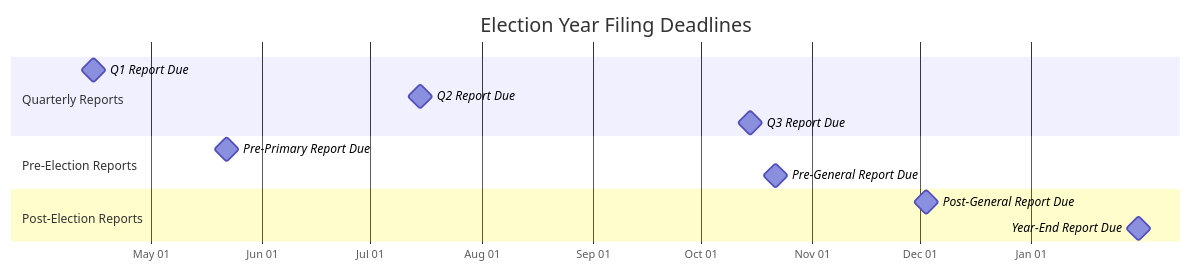
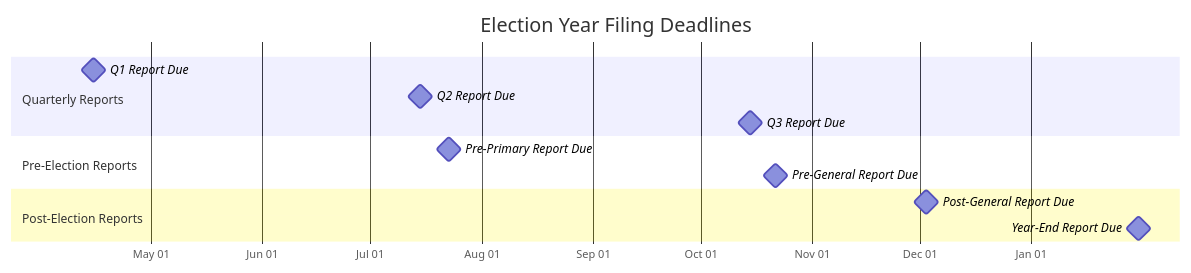
The diagram in tools/filing-deadline-calendar.md (dougdevitre/matt-grant), drawn with Mermaid before and after one commit. The commit also changed other lines of this file and 18 other files, not shown here.

````diff
--- a/tools/filing-deadline-calendar.md
+++ b/tools/filing-deadline-calendar.md
@@ -5,19 +5,19 @@
 ```mermaid
 gantt
     title Election Year Filing Deadlines
     dateFormat YYYY-MM-DD
     axisFormat %b %d
 
     section Quarterly Reports
     Q1 Report Due           :milestone, m1, 2026-04-15, 0d
     Q2 Report Due           :milestone, m2, 2026-07-15, 0d
     Q3 Report Due           :milestone, m3, 2026-10-15, 0d
 
     section Pre-Election Reports
-    Pre-Primary Report Due  :milestone, m4, 2026-05-22, 0d
+    Pre-Primary Report Due  :milestone, m4, 2026-07-23, 0d
     Pre-General Report Due  :milestone, m5, 2026-10-22, 0d
 
     section Post-Election Reports
     Post-General Report Due :milestone, m6, 2026-12-03, 0d
     Year-End Report Due     :milestone, m7, 2027-01-31, 0d
 ```
````
